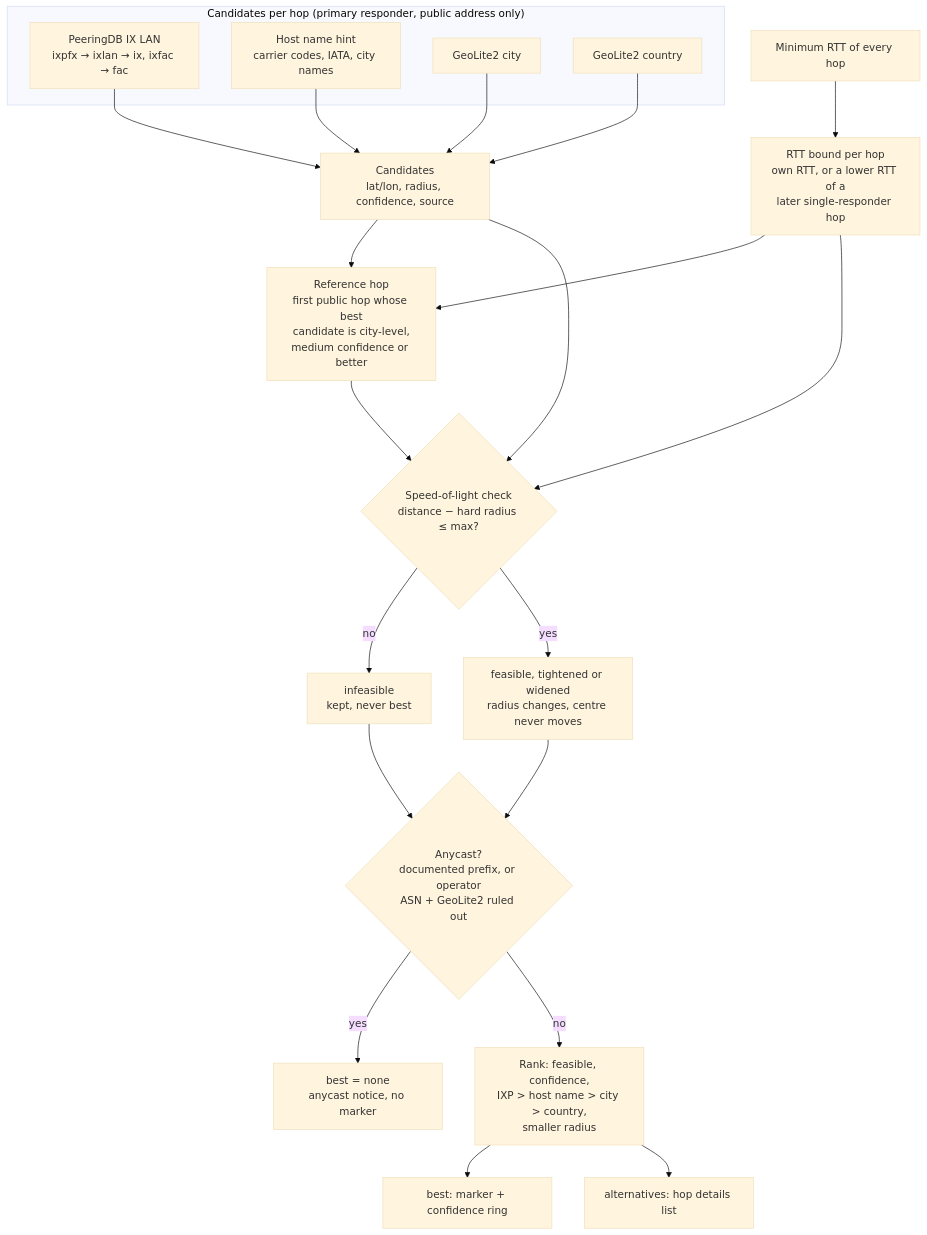
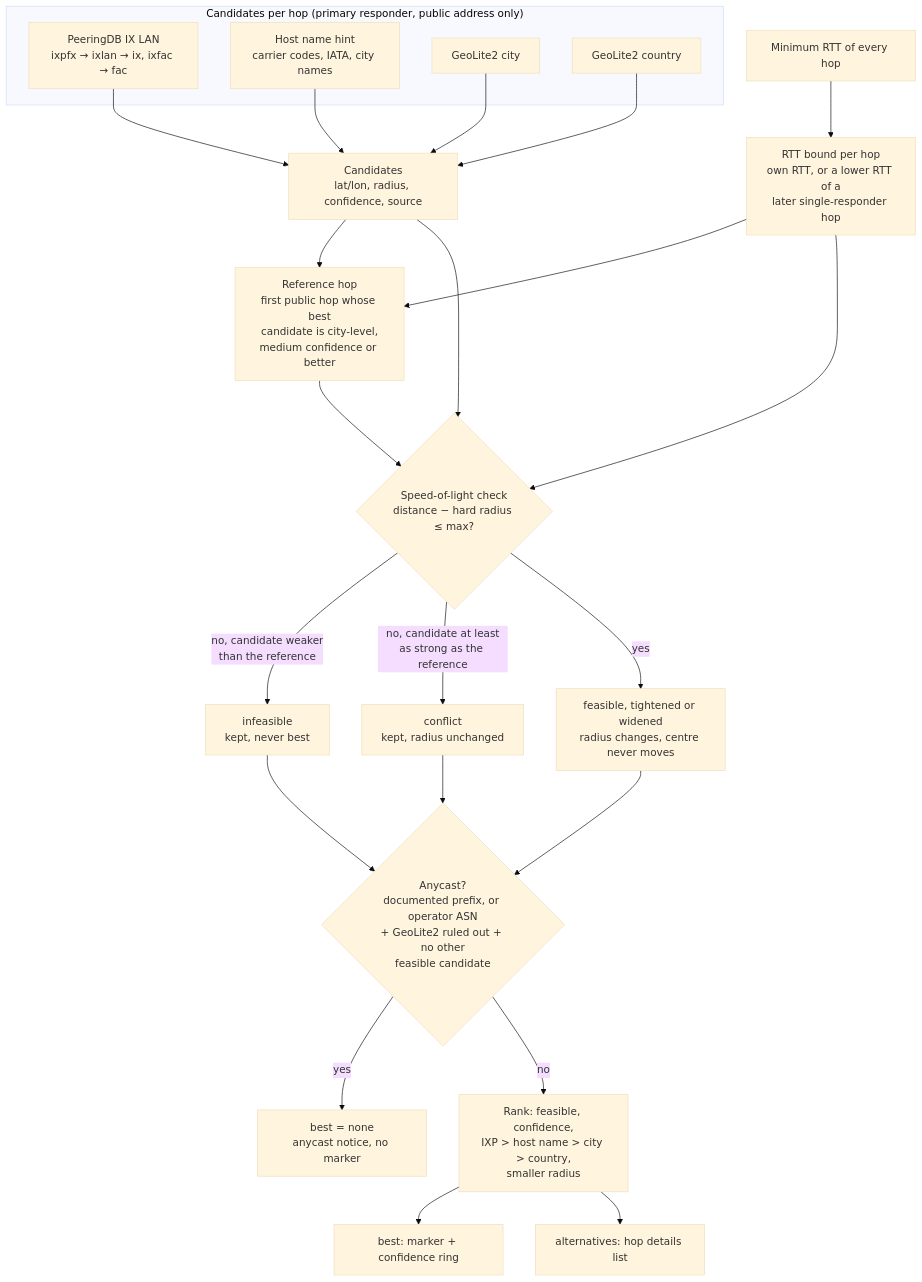
Before and after one commit to rush-skills/vistracer: the second of 2 diagrams in docs/architecture.md, drawn with Mermaid (base theme). The commit also changed other lines of this file and 17 other files, not shown here.

````diff
--- a/docs/architecture.md
+++ b/docs/architecture.md
@@ -141,27 +141,29 @@
 ```mermaid
 flowchart TD
     subgraph sources["Candidates per hop (primary responder, public address only)"]
         ixp["PeeringDB IX LAN<br/>ixpfx → ixlan → ix, ixfac → fac"]
         hint["Host name hint<br/>carrier codes, IATA, city names"]
         city["GeoLite2 city"]
         country["GeoLite2 country"]
     end
     ixp --> cands["Candidates<br/>lat/lon, radius, confidence, source"]
     hint --> cands
     city --> cands
     country --> cands
     rtts["Minimum RTT of every hop"] --> bound["RTT bound per hop<br/>own RTT, or a lower RTT of a<br/>later single-responder hop"]
     cands --> ref["Reference hop<br/>first public hop whose best<br/>candidate is city-level,<br/>medium confidence or better"]
     bound --> ref
     ref --> check{"Speed-of-light check<br/>distance − hard radius ≤ max?"}
     bound --> check
     cands --> check
-    check -->|no| infeasible["infeasible<br/>kept, never best"]
+    check -->|"no, candidate weaker<br/>than the reference"| infeasible["infeasible<br/>kept, never best"]
+    check -->|"no, candidate at least<br/>as strong as the reference"| conflict["conflict<br/>kept, radius unchanged"]
     check -->|yes| fits["feasible, tightened or widened<br/>radius changes, centre never moves"]
-    infeasible --> anycast{"Anycast?<br/>documented prefix, or operator<br/>ASN + GeoLite2 ruled out"}
+    infeasible --> anycast{"Anycast?<br/>documented prefix, or operator ASN<br/>+ GeoLite2 ruled out + no other<br/>feasible candidate"}
+    conflict --> anycast
     fits --> anycast
     anycast -->|yes| nopoint["best = none<br/>anycast notice, no marker"]
     anycast -->|no| rank["Rank: feasible, confidence,<br/>IXP > host name > city > country,<br/>smaller radius"]
     rank --> best["best: marker + confidence ring"]
     rank --> alts["alternatives: hop details list"]
 ```
````
